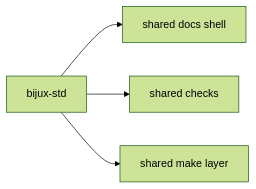
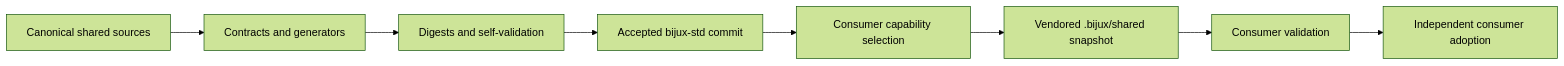
One commit to bijux/bijux.github.io changed the diagram in docs/03-bijux-std/index.md. Above: the diagram before and after it, drawn with Mermaid (forest theme). The commit also changed other lines of this file and 2 other files, not shown here.

Commit message:
docs(standards): explain immutable capability adoption

````diff
--- a/docs/03-bijux-std/index.md
+++ b/docs/03-bijux-std/index.md
@@ -81,6 +40,10 @@
 ```mermaid
-graph LR
-    std["bijux-std"] --> shell["shared docs shell"]
-    std --> checks["shared checks"]
-    std --> makes["shared make layer"]
+flowchart LR
+    source["Canonical shared sources"] --> contracts["Contracts and generators"]
+    contracts --> integrity["Digests and self-validation"]
+    integrity --> accepted["Accepted bijux-std commit"]
+    accepted --> select["Consumer capability selection"]
+    select --> vendor["Vendored .bijux/shared snapshot"]
+    vendor --> local["Consumer validation"]
+    local --> adoption["Independent consumer adoption"]
 ```
````
